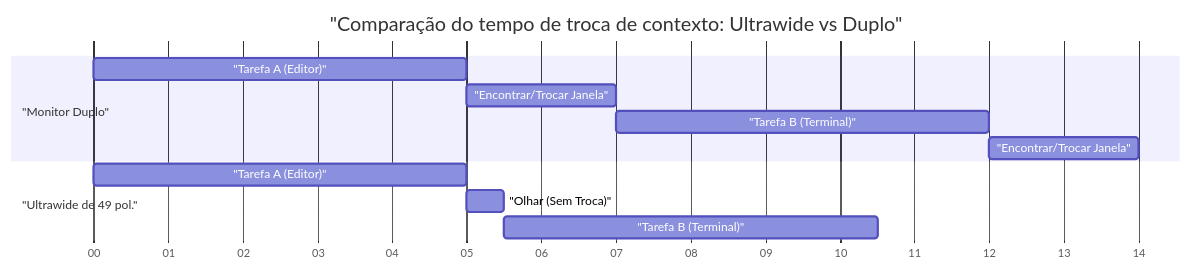
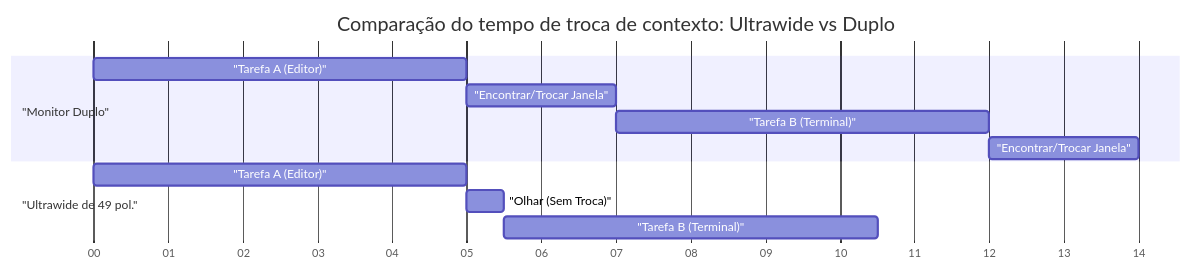
The first of 4 diagrams in content/post/multi_display/index.pt.md (kenjinote/blog), drawn with Mermaid before and after one commit. The commit also changed other lines of this file and 703 other files, not shown here.

Commit message:
Fix: Remove quotes from Mermaid link texts and timeline definitions to support Mermaid 11.4.1

````diff
--- a/content/post/multi_display/index.pt.md
+++ b/content/post/multi_display/index.pt.md
@@ -83,17 +83,17 @@
 ```mermaid
 gantt
-    title "Comparação do tempo de troca de contexto: Ultrawide vs Duplo"
+    title Comparação do tempo de troca de contexto: Ultrawide vs Duplo
     dateFormat  s
     axisFormat  %S
     
     section "Monitor Duplo"
     "Tarefa A (Editor)"        :a1, 0, 5s
     "Encontrar/Trocar Janela"     :a2, after a1, 2s
     "Tarefa B (Terminal)"      :a3, after a2, 5s
     "Encontrar/Trocar Janela"     :a4, after a3, 2s
     
     section "Ultrawide de 49 pol."
     "Tarefa A (Editor)"        :b1, 0, 5s
     "Olhar (Sem Troca)"     :b2, after b1, 0.5s
     "Tarefa B (Terminal)"      :b3, after b2, 5s
 ```
````
